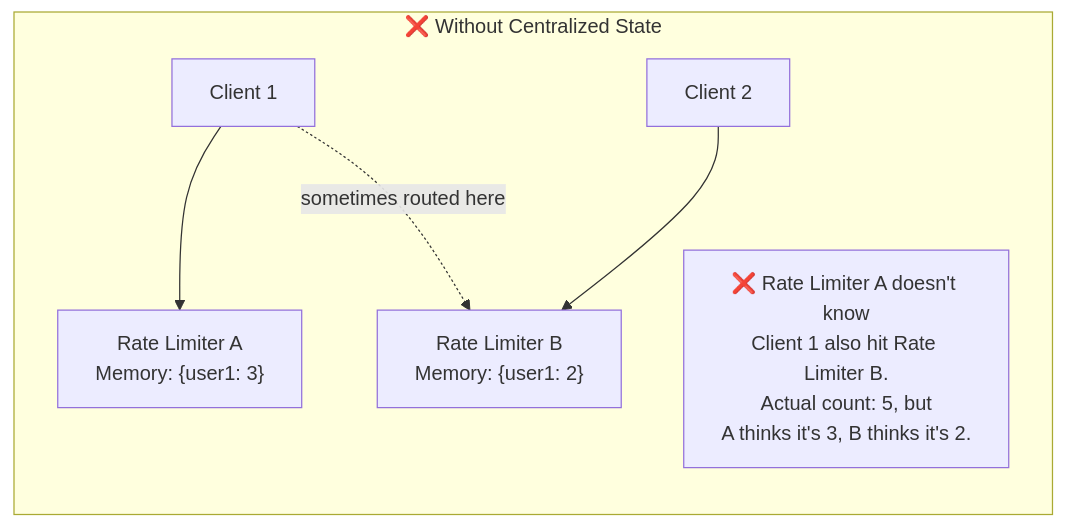
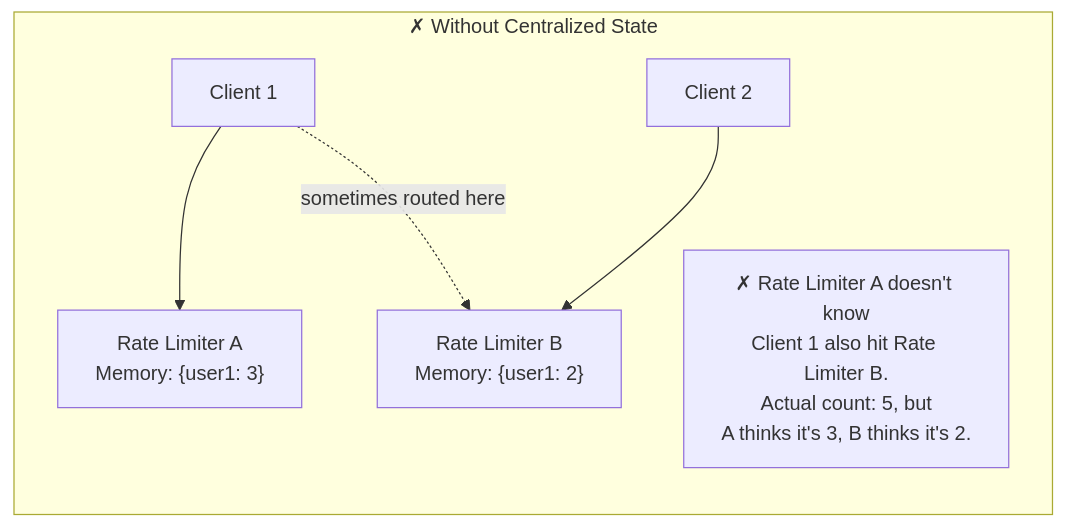
Diagram 19 of 26 in content/posts/2026/design-a-rate-limiter.md (devops-monk/system-design-blog), drawn with Mermaid before and after one commit. The commit also changed other lines of this file and 5 other files, not shown here.

````diff
--- a/content/posts/2026/design-a-rate-limiter.md
+++ b/content/posts/2026/design-a-rate-limiter.md
@@ -836,15 +821,15 @@
 ```mermaid
 graph LR
-    subgraph BAD["❌ Without Centralized State"]
+    subgraph BAD["✗ Without Centralized State"]
         C1["Client 1"]
         C2["Client 2"]
         RL_A["Rate Limiter A\nMemory: {user1: 3}"]
         RL_B["Rate Limiter B\nMemory: {user1: 2}"]
 
         C1 --> RL_A
         C1 -.->|"sometimes routed here"| RL_B
         C2 --> RL_B
 
-        NOTE["❌ Rate Limiter A doesn't know\nClient 1 also hit Rate Limiter B.\nActual count: 5, but\nA thinks it's 3, B thinks it's 2."]
+        NOTE["✗ Rate Limiter A doesn't know\nClient 1 also hit Rate Limiter B.\nActual count: 5, but\nA thinks it's 3, B thinks it's 2."]
     end
 ```
````
